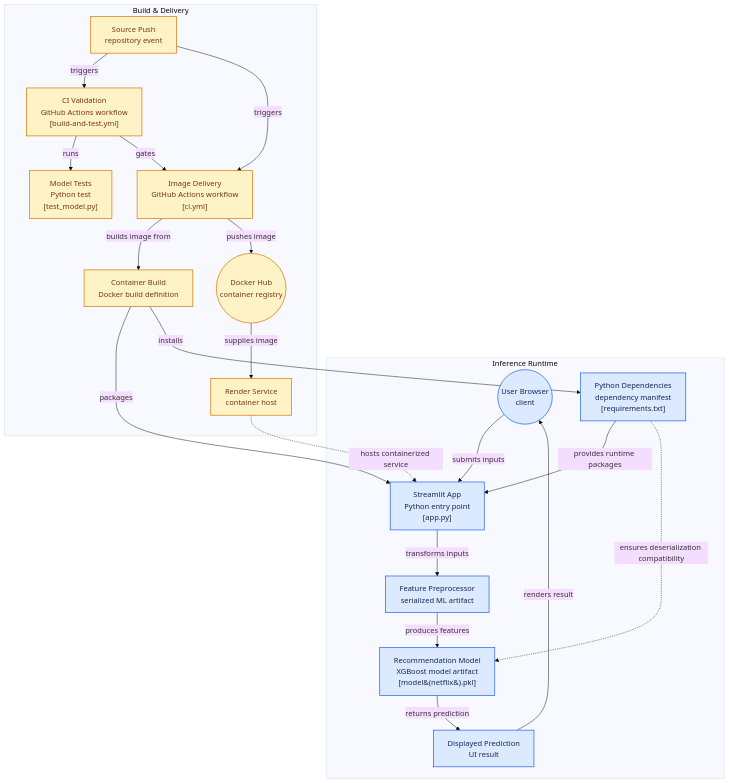
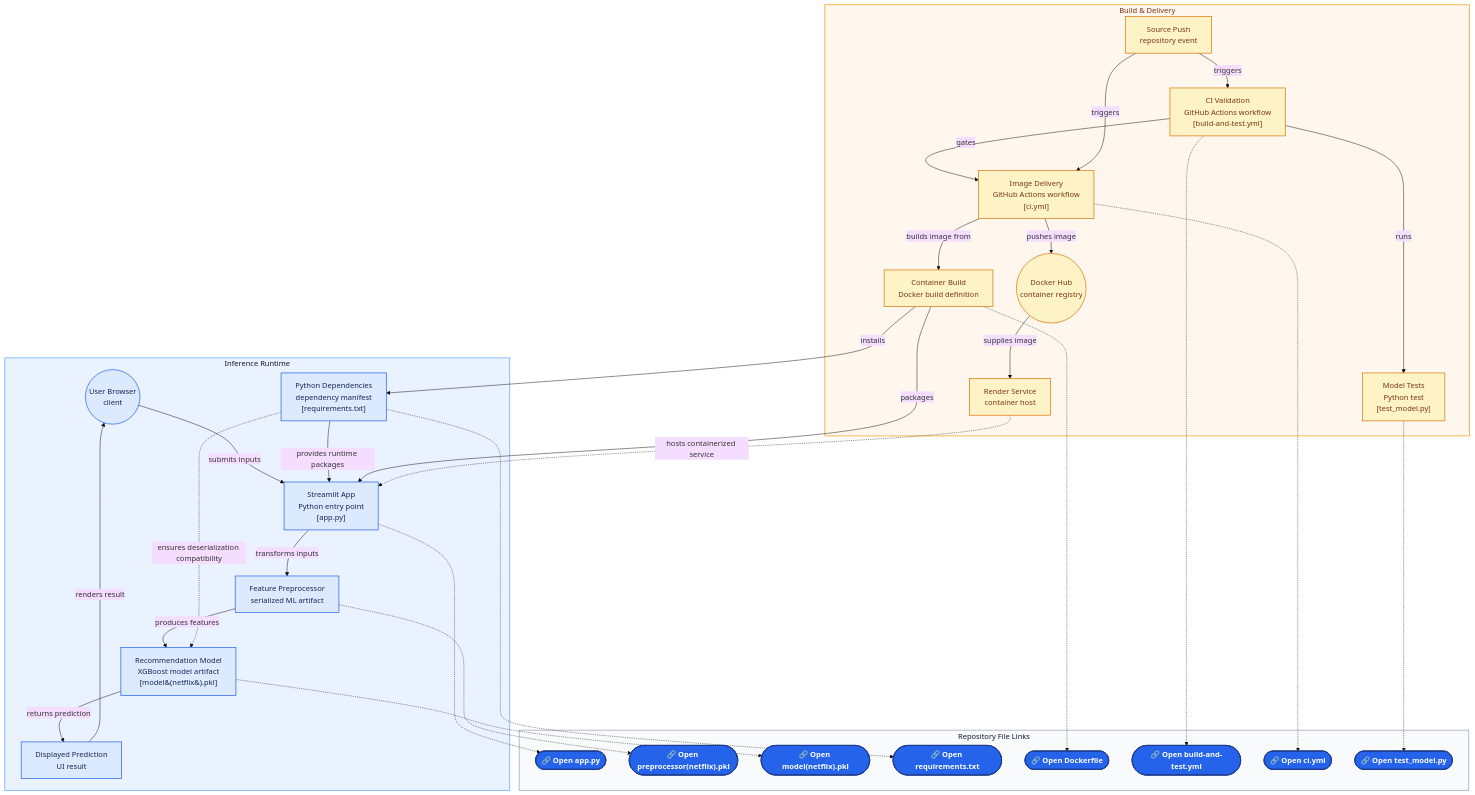
One commit to cnadupuri/Netflix-Recommender-ML changed the diagram in project structure.md. Above: the diagram before and after it, drawn with Mermaid (base theme).

Commit message:
Finalize professional architecture diagram with improved colors and button-style file links

````diff
--- a/project structure.md
+++ b/project structure.md
@@ -3,59 +3,79 @@
 ```mermaid
 flowchart TD
 
 subgraph group_inference["Inference Runtime"]
   node_browser(("User Browser<br/>client"))
   node_streamlit_app["Streamlit App<br/>Python entry point<br/>[app.py]"]
   node_preprocessor["Feature Preprocessor<br/>serialized ML artifact"]
   node_model["Recommendation Model<br/>XGBoost model artifact<br/>[model&#40;netflix&#41;.pkl]"]
   node_prediction["Displayed Prediction<br/>UI result"]
   node_dependencies["Python Dependencies<br/>dependency manifest<br/>[requirements.txt]"]
 end
 
 subgraph group_delivery["Build &amp; Delivery"]
   node_dockerfile["Container Build<br/>Docker build definition"]
   node_source_push["Source Push<br/>repository event"]
   node_ci_workflow["CI Validation<br/>GitHub Actions workflow<br/>[build-and-test.yml]"]
   node_delivery_workflow["Image Delivery<br/>GitHub Actions workflow<br/>[ci.yml]"]
   node_model_test["Model Tests<br/>Python test<br/>[test_model.py]"]
   node_docker_hub(("Docker Hub<br/>container registry"))
   node_render["Render Service<br/>container host"]
 end
 
+subgraph group_links["Repository File Links"]
+  link_app(["🔗 Open app.py"])
+  link_preprocessor(["🔗 Open preprocessor(netflix).pkl"])
+  link_model(["🔗 Open model(netflix).pkl"])
+  link_requirements(["🔗 Open requirements.txt"])
+  link_dockerfile(["🔗 Open Dockerfile"])
+  link_ci(["🔗 Open build-and-test.yml"])
+  link_delivery(["🔗 Open ci.yml"])
+  link_tests(["🔗 Open test_model.py"])
+end
+
 node_browser -->|"submits inputs"| node_streamlit_app
 node_streamlit_app -->|"transforms inputs"| node_preprocessor
 node_preprocessor -->|"produces features"| node_model
 node_model -->|"returns prediction"| node_prediction
 node_prediction -->|"renders result"| node_browser
 node_dependencies -->|"provides runtime packages"| node_streamlit_app
 node_dependencies -.->|"ensures deserialization compatibility"| node_model
 node_dockerfile -->|"packages"| node_streamlit_app
 node_dockerfile -->|"installs"| node_dependencies
 node_source_push -->|"triggers"| node_ci_workflow
 node_ci_workflow -->|"runs"| node_model_test
 node_ci_workflow -->|"gates"| node_delivery_workflow
 node_source_push -->|"triggers"| node_delivery_workflow
 node_delivery_workflow -->|"builds image from"| node_dockerfile
 node_delivery_workflow -->|"pushes image"| node_docker_hub
 node_docker_hub -->|"supplies image"| node_render
 node_render -.->|"hosts containerized service"| node_streamlit_app
 
-click node_streamlit_app "https://github.com/cnadupuri/netflix-recommender-ml/blob/main/app.py"
-click node_preprocessor "https://github.com/cnadupuri/netflix-recommender-ml/blob/main/preprocessor(netflix).pkl"
-click node_model "https://github.com/cnadupuri/netflix-recommender-ml/blob/main/model(netflix).pkl"
-click node_dependencies "https://github.com/cnadupuri/netflix-recommender-ml/blob/main/requirements.txt"
-click node_dockerfile "https://github.com/cnadupuri/netflix-recommender-ml/blob/main/Dockerfile"
-click node_ci_workflow "https://github.com/cnadupuri/netflix-recommender-ml/blob/main/.github/workflows/build-and-test.yml"
-click node_delivery_workflow "https://github.com/cnadupuri/netflix-recommender-ml/blob/main/.github/workflows/ci.yml"
-click node_model_test "https://github.com/cnadupuri/netflix-recommender-ml/blob/main/test_model.py"
+node_streamlit_app -.-> link_app
+node_preprocessor -.-> link_preprocessor
+node_model -.-> link_model
+node_dependencies -.-> link_requirements
+node_dockerfile -.-> link_dockerfile
+node_ci_workflow -.-> link_ci
+node_delivery_workflow -.-> link_delivery
+node_model_test -.-> link_tests
 
-classDef toneNeutral fill:#f8fafc,stroke:#334155,stroke-width:1.5px,color:#0f172a
+click link_app "https://github.com/cnadupuri/netflix-recommender-ml/blob/main/app.py" "Open Streamlit application"
+click link_preprocessor "https://github.com/cnadupuri/netflix-recommender-ml/blob/main/preprocessor(netflix).pkl" "Open feature preprocessor"
+click link_model "https://github.com/cnadupuri/netflix-recommender-ml/blob/main/model(netflix).pkl" "Open recommendation model"
+click link_requirements "https://github.com/cnadupuri/netflix-recommender-ml/blob/main/requirements.txt" "Open dependencies"
+click link_dockerfile "https://github.com/cnadupuri/netflix-recommender-ml/blob/main/Dockerfile" "Open Dockerfile"
+click link_ci "https://github.com/cnadupuri/netflix-recommender-ml/blob/main/.github/workflows/build-and-test.yml" "Open validation workflow"
+click link_delivery "https://github.com/cnadupuri/netflix-recommender-ml/blob/main/.github/workflows/ci.yml" "Open delivery workflow"
+click link_tests "https://github.com/cnadupuri/netflix-recommender-ml/blob/main/test_model.py" "Open model tests"
+
 classDef toneBlue fill:#dbeafe,stroke:#2563eb,stroke-width:1.5px,color:#172554
 classDef toneAmber fill:#fef3c7,stroke:#d97706,stroke-width:1.5px,color:#78350f
-classDef toneMint fill:#dcfce7,stroke:#16a34a,stroke-width:1.5px,color:#14532d
-classDef toneRose fill:#ffe4e6,stroke:#e11d48,stroke-width:1.5px,color:#881337
-classDef toneIndigo fill:#e0e7ff,stroke:#4f46e5,stroke-width:1.5px,color:#312e81
-classDef toneTeal fill:#ccfbf1,stroke:#0f766e,stroke-width:1.5px,color:#134e4a
+classDef toneButton fill:#2563eb,stroke:#1e3a8a,stroke-width:2px,color:#ffffff,font-weight:bold
 class node_browser,node_streamlit_app,node_preprocessor,node_model,node_prediction,node_dependencies toneBlue
 class node_dockerfile,node_source_push,node_ci_workflow,node_delivery_workflow,node_model_test,node_docker_hub,node_render toneAmber
+class link_app,link_preprocessor,link_model,link_requirements,link_dockerfile,link_ci,link_delivery,link_tests toneButton
+style group_inference fill:#eaf2ff,stroke:#60a5fa,stroke-width:1.5px,color:#0f172a
+style group_delivery fill:#fff7ed,stroke:#f59e0b,stroke-width:1.5px,color:#7c2d12
+style group_links fill:#f8fafc,stroke:#94a3b8,stroke-width:1.5px,color:#0f172a
 ```
````
